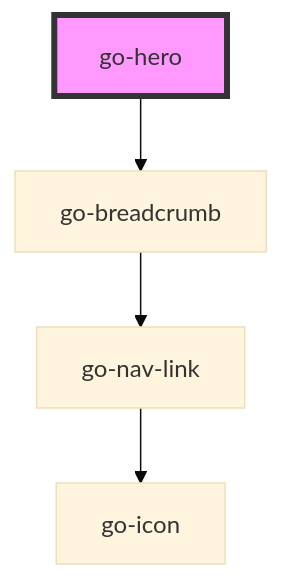
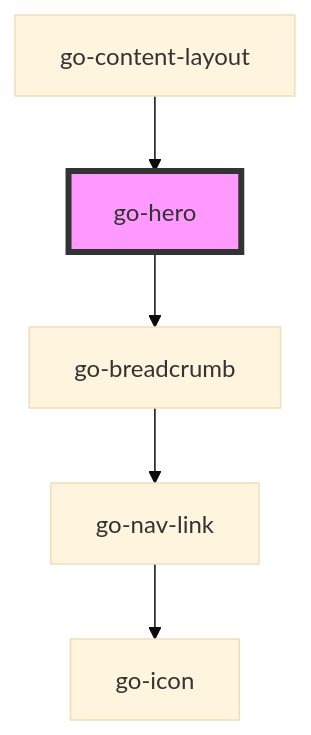
Before and after one commit to getgoui/go-ui: the diagram in packages/core/src/components/go-hero/readme.md, drawn with Mermaid (base theme). The commit also changed other lines of this file and 8 other files, not shown here.

````diff
--- a/packages/core/src/components/go-hero/readme.md
+++ b/packages/core/src/components/go-hero/readme.md
@@ -24,7 +35,8 @@
 ```mermaid
 graph TD;
   go-hero --> go-breadcrumb
   go-breadcrumb --> go-nav-link
   go-nav-link --> go-icon
+  go-content-layout --> go-hero
   style go-hero fill:#f9f,stroke:#333,stroke-width:4px
 ```
````
